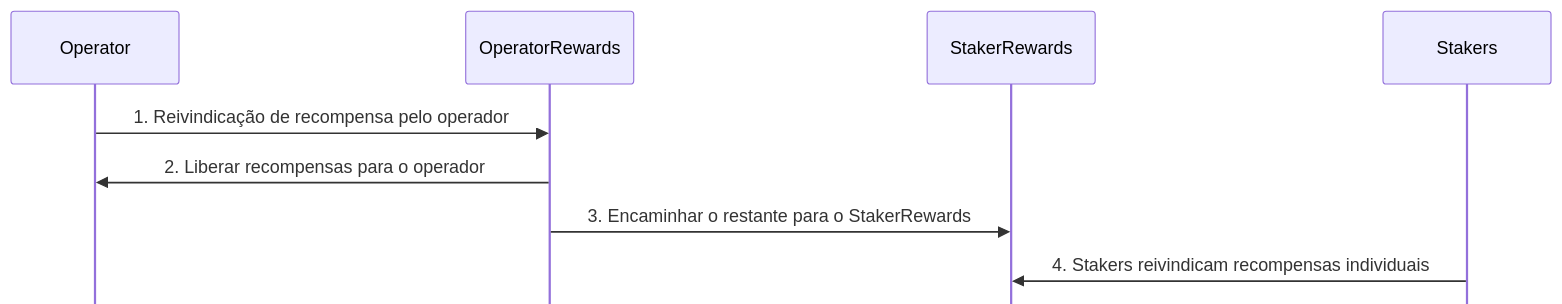
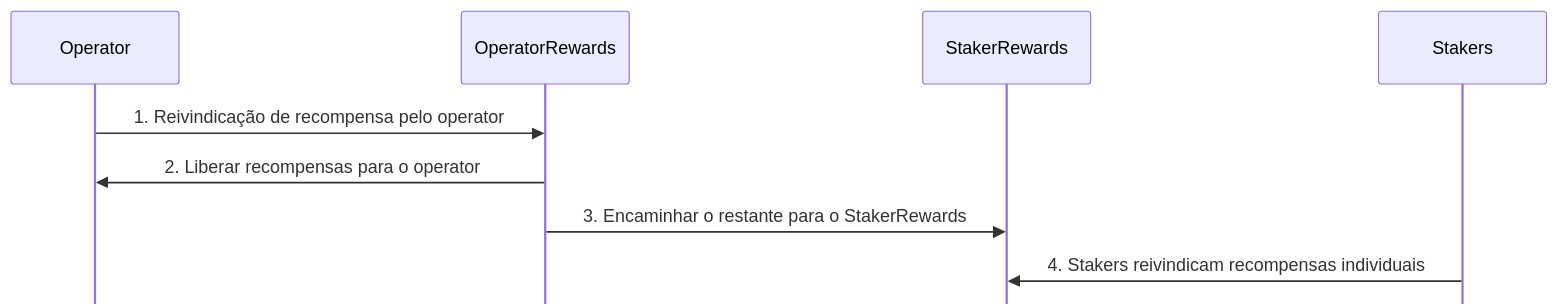
One commit to moondance-labs/tanssi-docs changed the fifth of 6 diagrams in pt/learn/tanssi/external-security-providers/symbiotic.md. Above: the diagram before and after it, drawn with Mermaid. The commit also changed other lines of this file and 85 other files, not shown here.

````diff
--- a/pt/learn/tanssi/external-security-providers/symbiotic.md
+++ b/pt/learn/tanssi/external-security-providers/symbiotic.md
@@ -201,13 +201,13 @@
 ```mermaid
 %%{init: {'sequence': {'mirrorActors': false}}}%%
 sequenceDiagram
  participant Operator
  participant OperatorRewards
  participant StakerRewards
  participant Stakers
 
- Operator->>OperatorRewards: 1. Reivindicação de recompensa pelo operador
- OperatorRewards->>Operator: 2. Liberar recompensas para o operador
+ Operator->>OperatorRewards: 1. Reivindicação de recompensa pelo operator
+ OperatorRewards->>Operator: 2. Liberar recompensas para o operator
  OperatorRewards->>StakerRewards: 3. Encaminhar o restante para o StakerRewards
  Stakers->>StakerRewards: 4. Stakers reivindicam recompensas individuais
 ```
````
